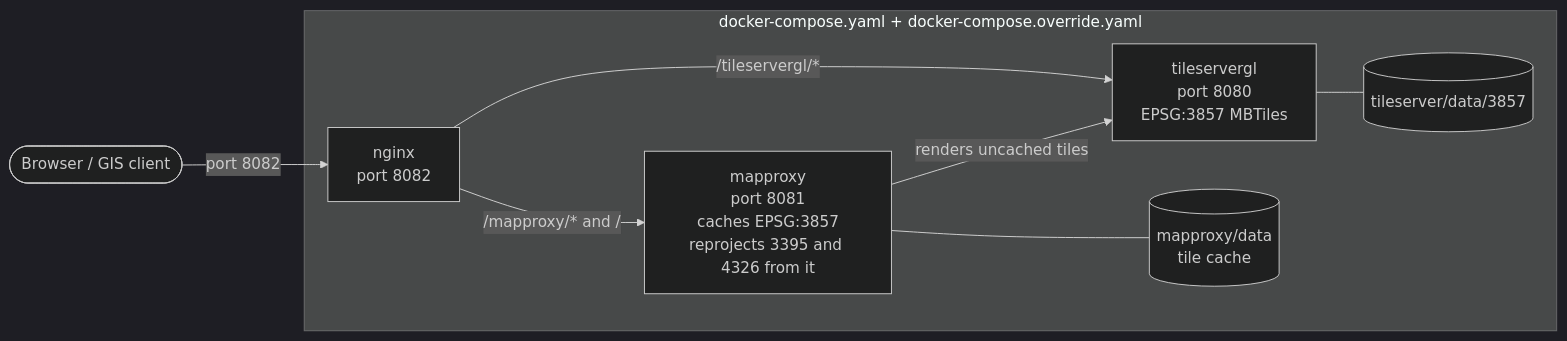
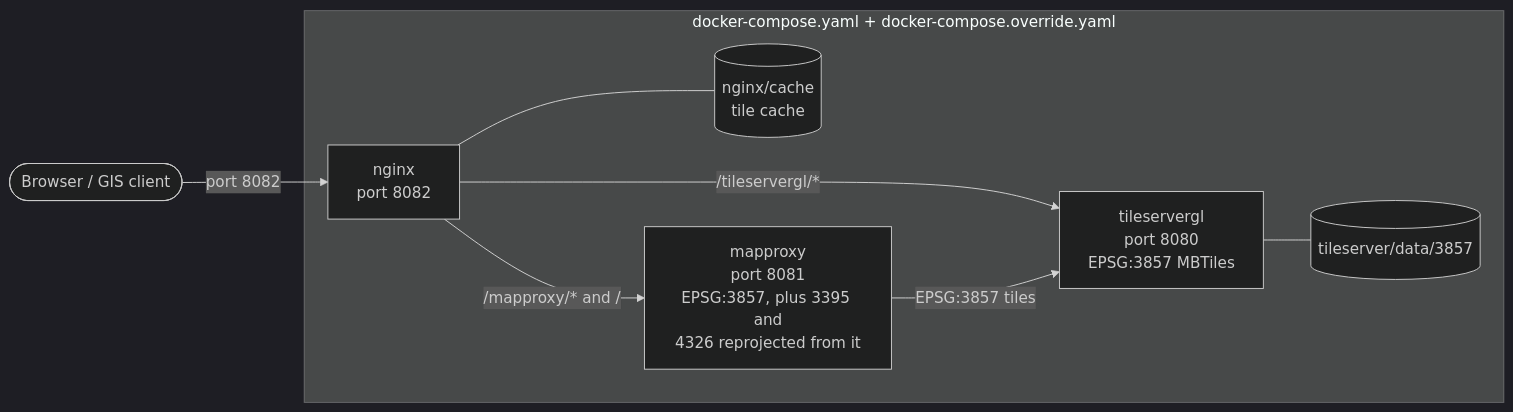
One commit to ReleasableBasemapTiles/rbt-local changed the diagram in README.md. Above: the diagram before and after it, drawn with Mermaid (dark theme). The commit also changed other lines of this file and 2 other files, not shown here.

````diff
--- a/README.md
+++ b/README.md
@@ -66,19 +94,19 @@
 ```mermaid
 flowchart LR
   client(["Browser / GIS client"])
 
   subgraph stack["docker-compose.yaml + docker-compose.override.yaml"]
     nginx["nginx<br/>port 8082"]
-    mapproxy["mapproxy<br/>port 8081<br/>caches EPSG:3857<br/>reprojects 3395 and 4326 from it"]
+    tilecache[("nginx/cache<br/>tile cache")]
+    mapproxy["mapproxy<br/>port 8081<br/>EPSG:3857, plus 3395 and<br/>4326 reprojected from it"]
     tileservergl["tileservergl<br/>port 8080<br/>EPSG:3857 MBTiles"]
-    tilecache[("mapproxy/data<br/>tile cache")]
     mbtiles[("tileserver/data/3857")]
   end
 
   client -->|"port 8082"| nginx
+  nginx --- tilecache
   nginx -->|"/mapproxy/* and /"| mapproxy
   nginx -->|"/tileservergl/*"| tileservergl
-  mapproxy -->|"renders uncached tiles"| tileservergl
-  mapproxy --- tilecache
+  mapproxy -->|"EPSG:3857 tiles"| tileservergl
   tileservergl --- mbtiles
 ```
````
